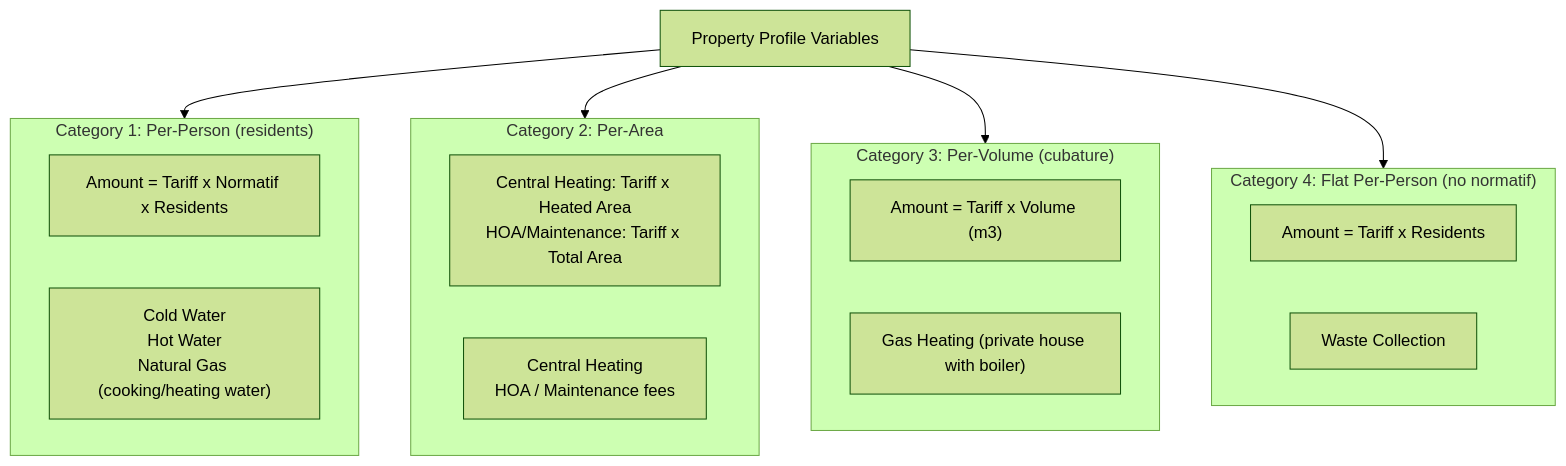
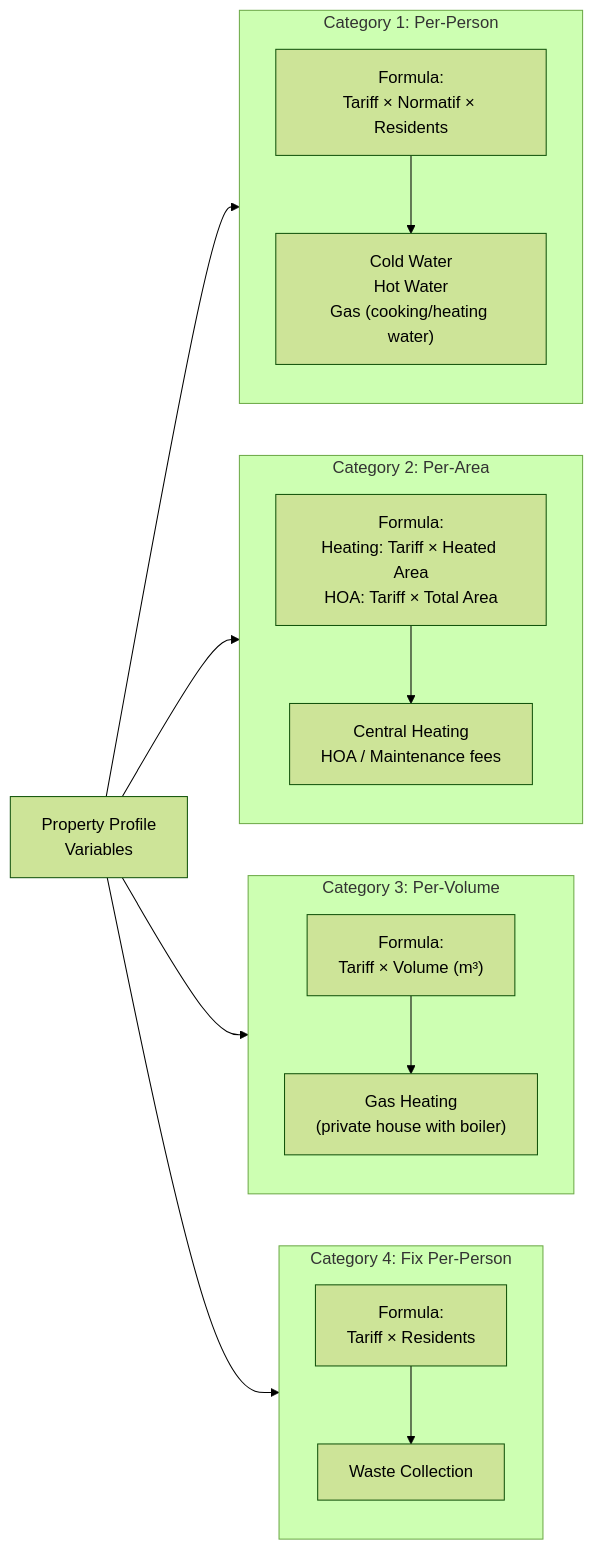
One commit to saodatm-dev/Utilities---Informational-Architecture changed the seventh of 11 diagrams in utilities-payment-userflow.md. Above: the diagram before and after it, drawn with Mermaid (forest theme). The commit also changed other lines of this file and 1 other file, not shown here.

Commit message:
refactor: remove outdated API content and detailed technical sections from payment user flow documentation, and simplify API endpoint descriptions.

````diff
--- a/utilities-payment-userflow.md
+++ b/utilities-payment-userflow.md
@@ -235,27 +234,33 @@
 ```mermaid
-flowchart TD
-    INPUT["Property Profile Variables"] --> CAT1
+flowchart LR
+    INPUT["Property Profile<br/>Variables"]
+
+    INPUT --> CAT1
     INPUT --> CAT2
     INPUT --> CAT3
     INPUT --> CAT4
 
-    subgraph CAT1 ["Category 1: Per-Person (residents)"]
-        C1_FORMULA["Amount = Tariff x Normatif x Residents"]
-        C1_SERVICES["Cold Water<br/>Hot Water<br/>Natural Gas (cooking/heating water)"]
+    subgraph CAT1 ["Category 1: Per-Person"]
+        direction TB
+        C1_FORMULA["Formula:<br/>Tariff × Normatif × Residents"]
+        C1_FORMULA --> C1_SERVICES["Cold Water<br/>Hot Water<br/>Gas (cooking/heating water)"]
     end
 
     subgraph CAT2 ["Category 2: Per-Area"]
-        C2_FORMULA["Central Heating: Tariff x Heated Area<br/>HOA/Maintenance: Tariff x Total Area"]
-        C2_SERVICES["Central Heating<br/>HOA / Maintenance fees"]
+        direction TB
+        C2_FORMULA["Formula:<br/>Heating: Tariff × Heated Area<br/>HOA: Tariff × Total Area"]
+        C2_FORMULA --> C2_SERVICES["Central Heating<br/>HOA / Maintenance fees"]
     end
 
-    subgraph CAT3 ["Category 3: Per-Volume (cubature)"]
-        C3_FORMULA["Amount = Tariff x Volume (m3)"]
-        C3_SERVICES["Gas Heating (private house with boiler)"]
+    subgraph CAT3 ["Category 3: Per-Volume"]
+        direction TB
+        C3_FORMULA["Formula:<br/>Tariff × Volume (m³)"]
+        C3_FORMULA --> C3_SERVICES["Gas Heating<br/>(private house with boiler)"]
     end
 
-    subgraph CAT4 ["Category 4: Flat Per-Person (no normatif)"]
-        C4_FORMULA["Amount = Tariff x Residents"]
-        C4_SERVICES["Waste Collection"]
+    subgraph CAT4 ["Category 4: Fix Per-Person"]
+        direction TB
+        C4_FORMULA["Formula:<br/>Tariff × Residents"]
+        C4_FORMULA --> C4_SERVICES["Waste Collection"]
     end
 ```
````
